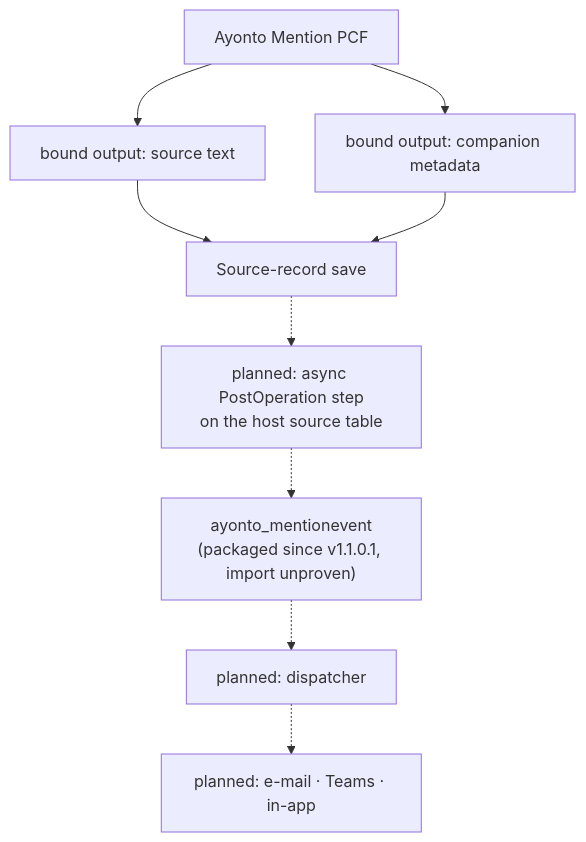
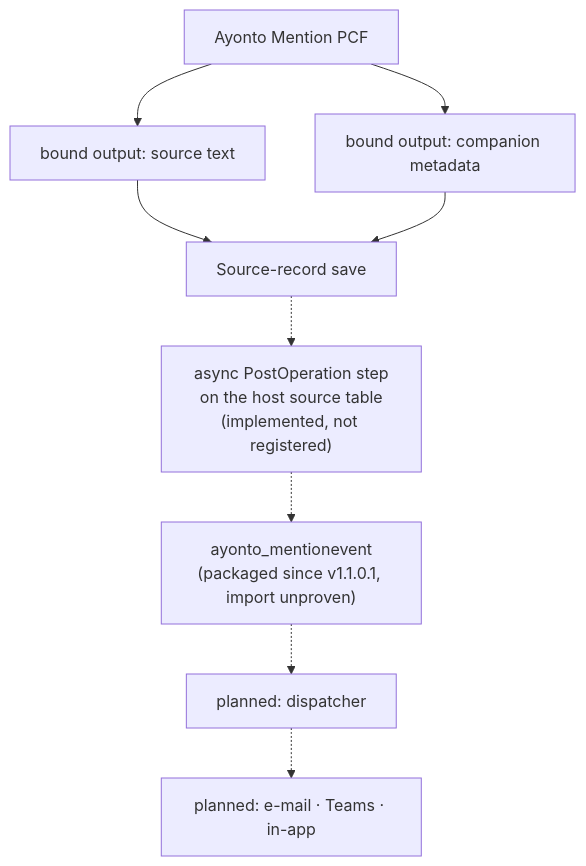
One commit to Ayonto-Digital-Solutions/ayonto-mention changed the diagram in docs/server-architecture.md. Above: the diagram before and after it, drawn with Mermaid. The commit also changed other lines of this file and 56 other files, not shown here.

````diff
--- a/docs/server-architecture.md
+++ b/docs/server-architecture.md
@@ -455,11 +476,11 @@
 ```mermaid
 flowchart TD
     pcf["Ayonto Mention PCF"] --> text["bound output: source text"]
     pcf --> meta["bound output: companion metadata"]
     text --> save["Source-record save"]
     meta --> save
-    save -.-> step["planned: async PostOperation step<br/>on the host source table"]
+    save -.-> step["async PostOperation step<br/>on the host source table<br/>(implemented, not registered)"]
     step -.-> ledger["ayonto_mentionevent<br/>(packaged since v1.1.0.1, import unproven)"]
     ledger -.-> dispatcher["planned: dispatcher"]
     dispatcher -.-> channels["planned: e-mail · Teams · in-app"]
 ```
````
